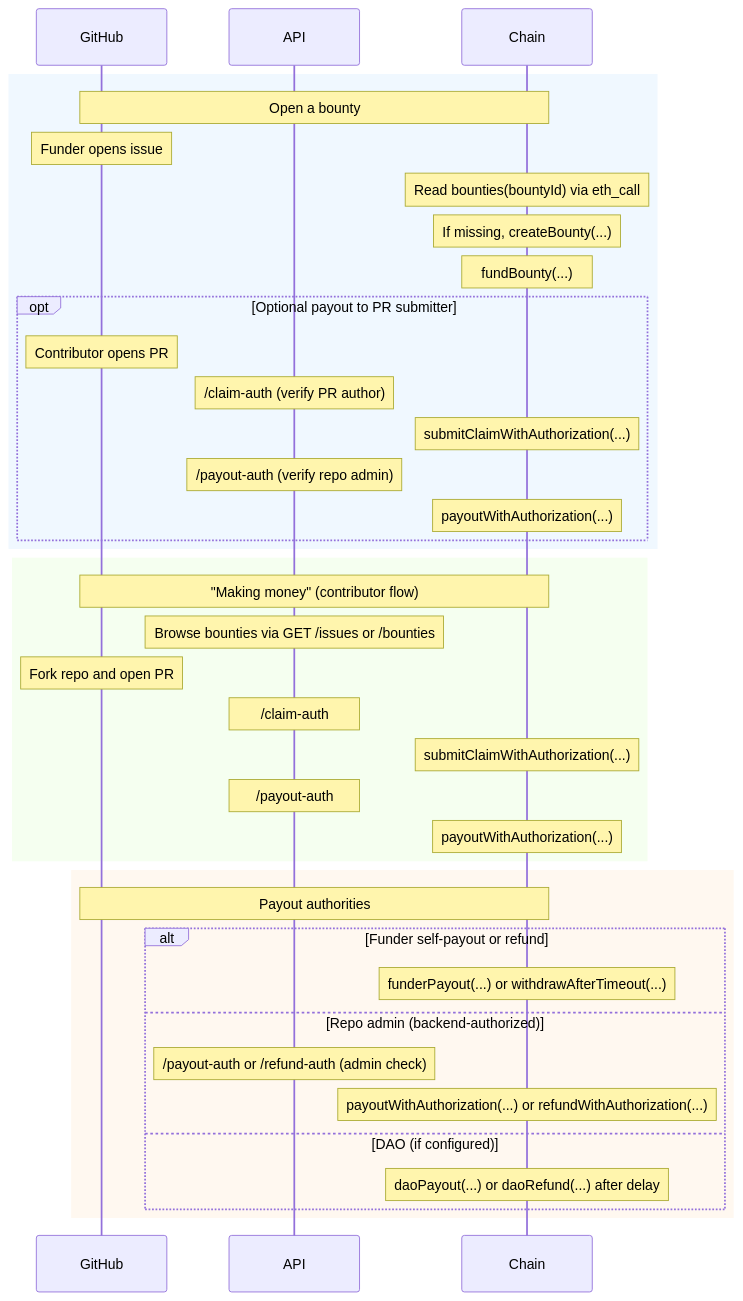
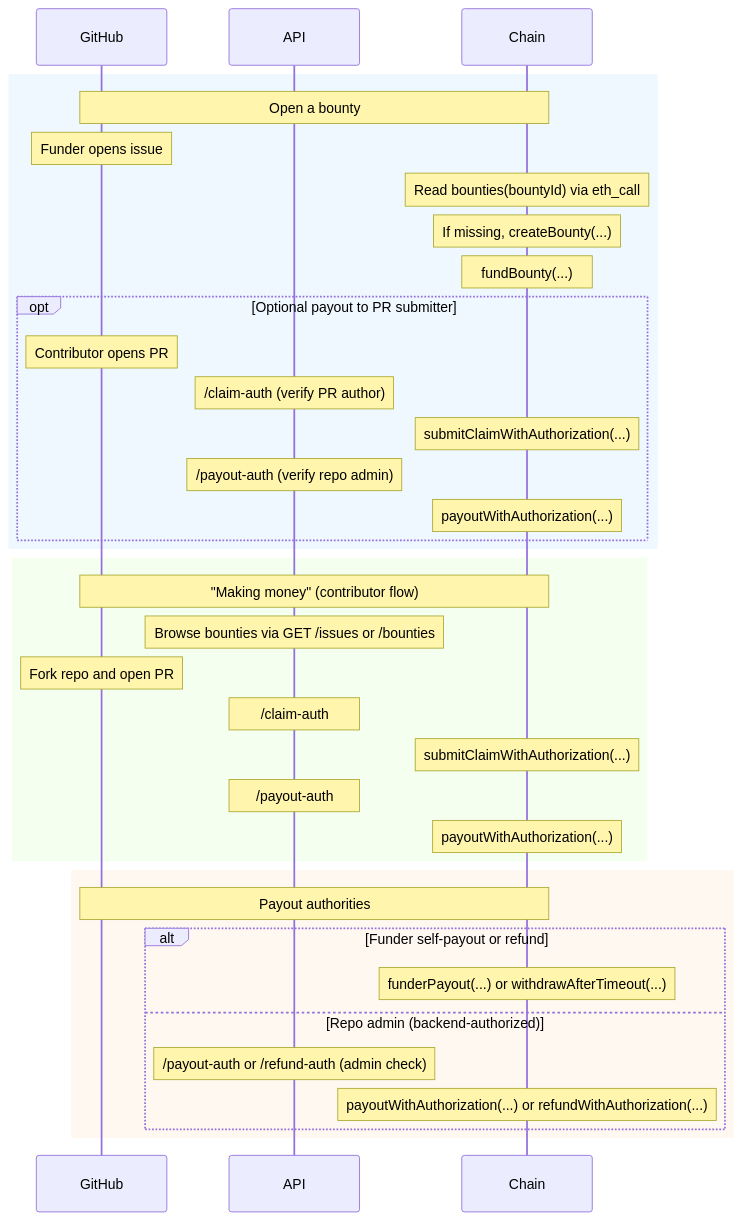
One commit to seichris/clankergigs changed the diagram in docs/cli-agents.md. Above: the diagram before and after it, drawn with Mermaid. The commit also changed other lines of this file and 1 other file, not shown here.

````diff
--- a/docs/cli-agents.md
+++ b/docs/cli-agents.md
@@ -39,43 +39,41 @@
 ```mermaid
 sequenceDiagram
   participant GH as GitHub
   participant API
   participant Chain
 
   rect rgb(240, 248, 255)
     Note over GH,Chain: Open a bounty
     Note over GH: Funder opens issue
     Note over Chain: Read bounties(bountyId) via eth_call
     Note over Chain: If missing, createBounty(...)
     Note over Chain: fundBounty(...)
     opt Optional payout to PR submitter
       Note over GH: Contributor opens PR
       Note over API: /claim-auth (verify PR author)
       Note over Chain: submitClaimWithAuthorization(...)
       Note over API: /payout-auth (verify repo admin)
       Note over Chain: payoutWithAuthorization(...)
     end
   end
 
   rect rgb(245, 255, 240)
     Note over GH,Chain: "Making money" (contributor flow)
     Note over API: Browse bounties via GET /issues or /bounties
     Note over GH: Fork repo and open PR
     Note over API: /claim-auth
     Note over Chain: submitClaimWithAuthorization(...)
     Note over API: /payout-auth
     Note over Chain: payoutWithAuthorization(...)
   end
 
   rect rgb(255, 248, 240)
     Note over GH,Chain: Payout authorities
     alt Funder self-payout or refund
       Note over Chain: funderPayout(...) or withdrawAfterTimeout(...)
     else Repo admin (backend-authorized)
       Note over API: /payout-auth or /refund-auth (admin check)
       Note over Chain: payoutWithAuthorization(...) or refundWithAuthorization(...)
-    else DAO (if configured)
-      Note over Chain: daoPayout(...) or daoRefund(...) after delay
     end
   end
 ```
````
